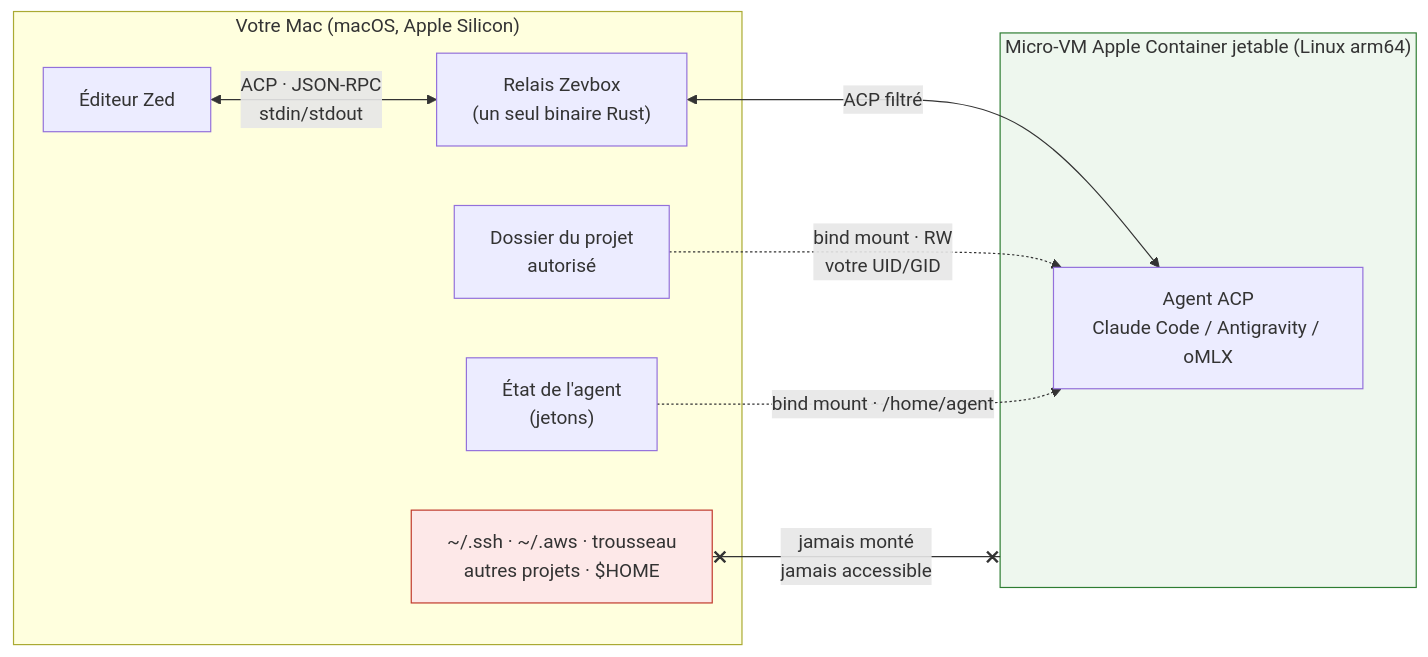
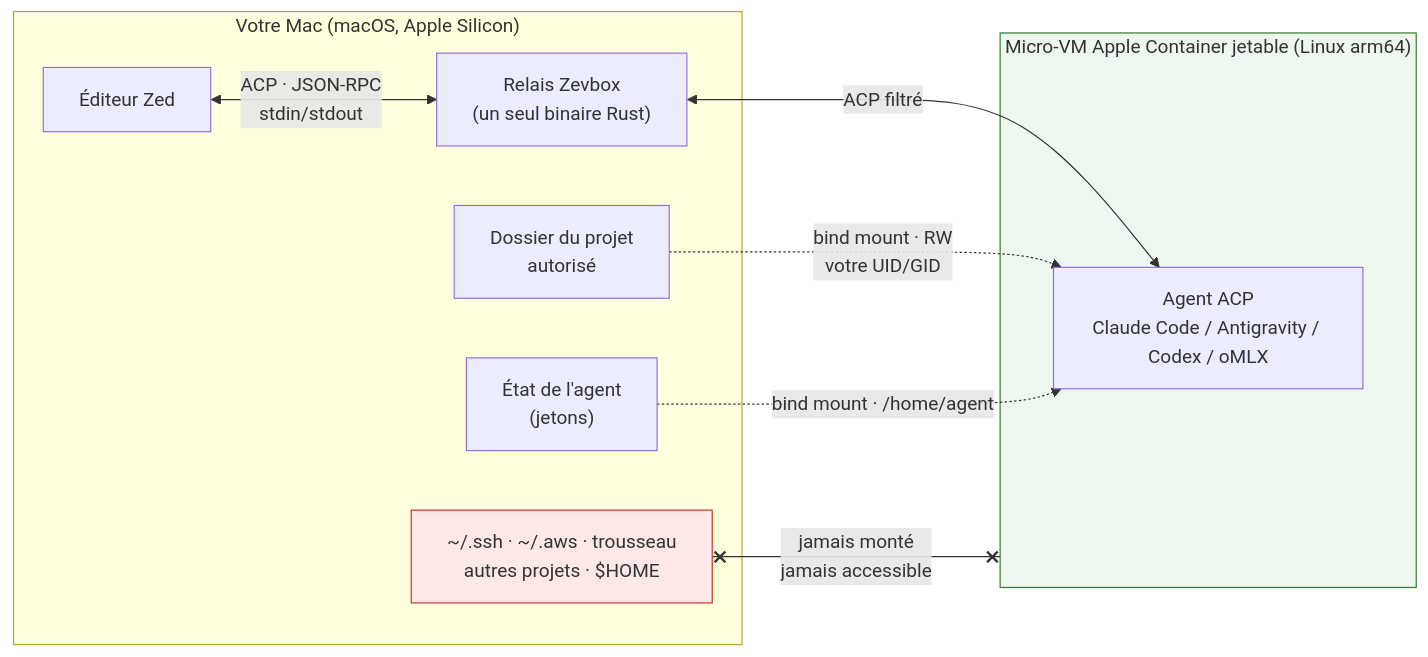
Before and after one commit to brainztorm/zevbox: the first of 4 diagrams in docs/fr/README.md, drawn with Mermaid. The commit also changed other lines of this file and 28 other files, not shown here.

Commit message:
feat: enable standard Codex agent with native authentication

````diff
--- a/docs/fr/README.md
+++ b/docs/fr/README.md
@@ -40,22 +40,22 @@
 ```mermaid
 flowchart LR
     subgraph Host ["Votre Mac (macOS, Apple Silicon)"]
         Zed["Éditeur Zed"]
         Relay["Relais Zevbox\n(un seul binaire Rust)"]
         Project["Dossier du projet\nautorisé"]
         State["État de l'agent\n(jetons)"]
         Secrets["~/.ssh · ~/.aws · trousseau\nautres projets · $HOME"]
     end
     subgraph VM ["Micro-VM Apple Container jetable (Linux arm64)"]
-        Agent["Agent ACP\nClaude Code / Antigravity / oMLX"]
+        Agent["Agent ACP\nClaude Code / Antigravity / Codex / oMLX"]
     end
 
     Zed <-->|"ACP · JSON-RPC\nstdin/stdout"| Relay
     Relay <-->|"ACP filtré"| Agent
     Project -.->|"bind mount · RW\nvotre UID/GID"| Agent
     State -.->|"bind mount · /home/agent"| Agent
     Secrets x--x|"jamais monté\njamais accessible"| VM
 
     style Secrets fill:#fde8e8,stroke:#c0392b
     style VM fill:#eef7ee,stroke:#2e7d32
 ```
````
